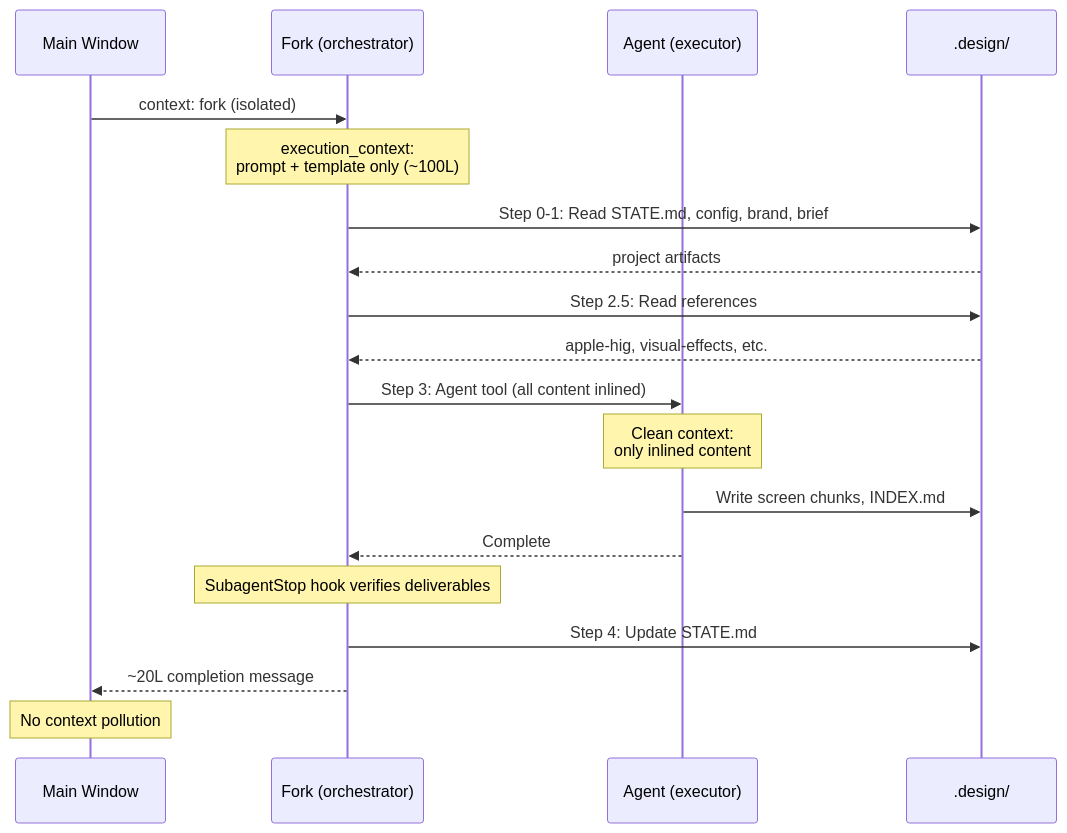
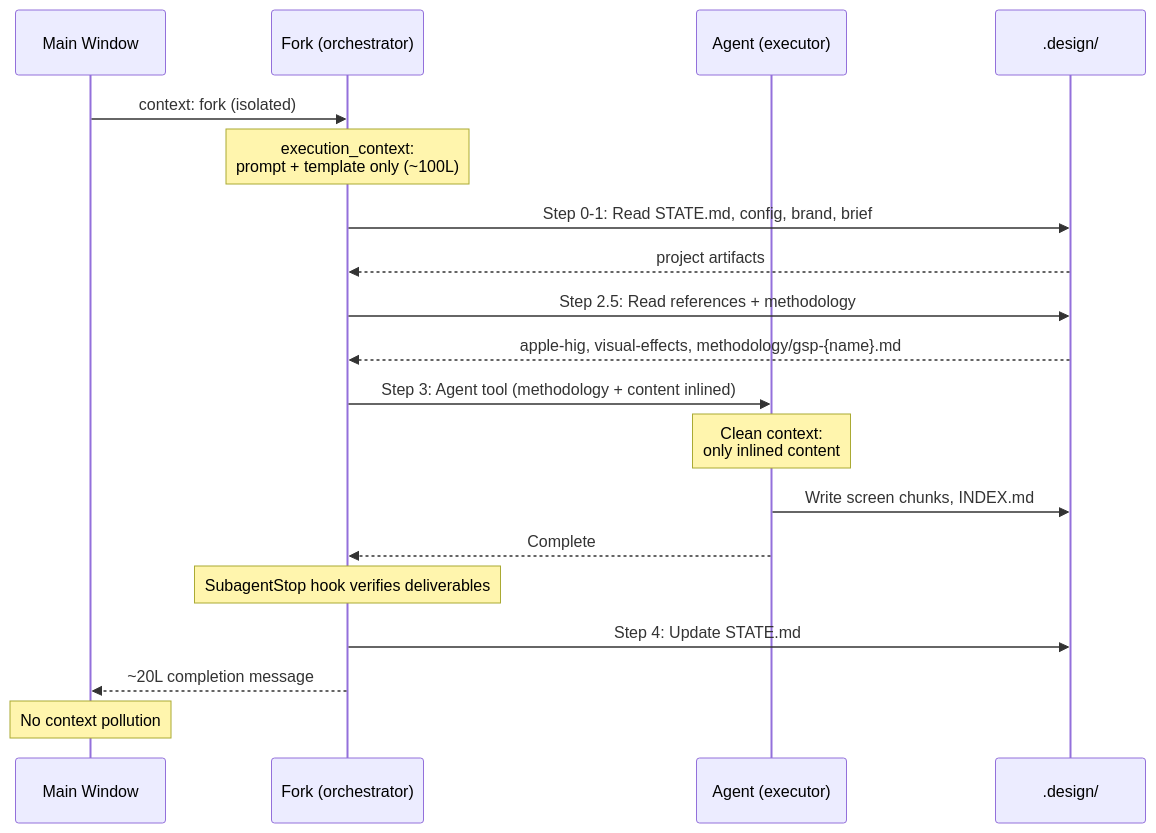
The fourth of 7 diagrams in ARCHITECTURE.md (jubscodes/get-shit-pretty), drawn with Mermaid before and after one commit. The commit also changed other lines of this file and 145 other files, not shown here.

````diff
--- a/ARCHITECTURE.md
+++ b/ARCHITECTURE.md
@@ -133,28 +132,28 @@
 ```mermaid
 sequenceDiagram
     participant Main as Main Window
     participant Fork as Fork (orchestrator)
     participant Agent as Agent (executor)
     participant Disk as .design/
 
     Main->>Fork: context: fork (isolated)
     Note over Fork: execution_context:<br/>prompt + template only (~100L)
 
     Fork->>Disk: Step 0-1: Read STATE.md, config, brand, brief
     Disk-->>Fork: project artifacts
 
-    Fork->>Disk: Step 2.5: Read references
-    Disk-->>Fork: apple-hig, visual-effects, etc.
+    Fork->>Disk: Step 2.5: Read references + methodology
+    Disk-->>Fork: apple-hig, visual-effects, methodology/gsp-{name}.md
 
-    Fork->>Agent: Step 3: Agent tool (all content inlined)
+    Fork->>Agent: Step 3: Agent tool (methodology + content inlined)
     Note over Agent: Clean context:<br/>only inlined content
 
     Agent->>Disk: Write screen chunks, INDEX.md
     Agent-->>Fork: Complete
 
     Note over Fork: SubagentStop hook verifies deliverables
 
     Fork->>Disk: Step 4: Update STATE.md
     Fork-->>Main: ~20L completion message
     Note over Main: No context pollution
 ```
````
